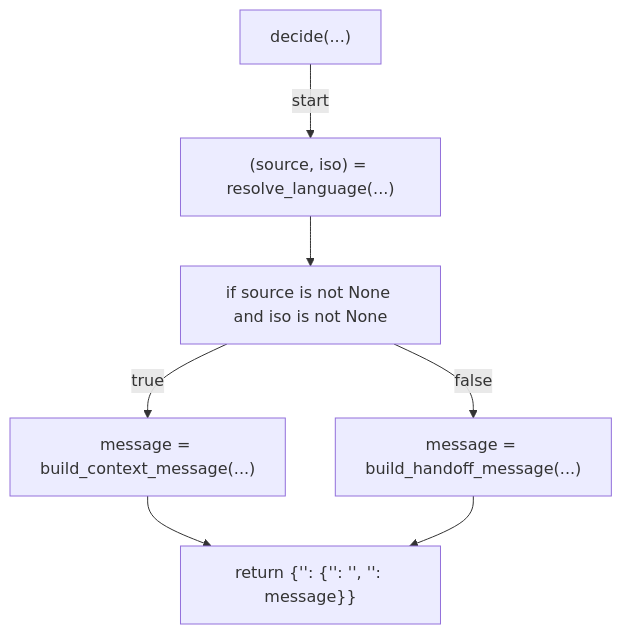
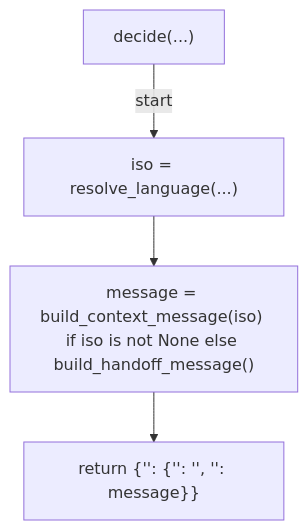
Before and after one commit to tvna/claude-md: the fourth of 6 diagrams in docs/generated/scripts/ast/plan_language_context.md, drawn with Mermaid. The commit also changed other lines of this file, not shown here.

First line of the commit message:
docs(generated): regenerate decision tree and workflow diagrams

````diff
--- a/docs/generated/scripts/ast/plan_language_context.md
+++ b/docs/generated/scripts/ast/plan_language_context.md
@@ -63,15 +38,10 @@
 ```mermaid
 flowchart TD
     N001["decide(...)"]
-    N002["(source, iso) = resolve_language(...)"]
-    N003["if source is not None and iso is not None"]
-    N004["message = build_context_message(...)"]
-    N005["message = build_handoff_message(...)"]
-    N006["return {'<str>': {'<str>': '<str>', '<str>': message}}"]
+    N002["iso = resolve_language(...)"]
+    N003["message = build_context_message(iso) if iso is not None else build_handoff_message()"]
+    N004["return {'<str>': {'<str>': '<str>', '<str>': message}}"]
     N001 -->|"start"| N002
     N002 --> N003
-    N003 -->|"true"| N004
-    N003 -->|"false"| N005
-    N004 --> N006
-    N005 --> N006
+    N003 --> N004
 ```
````
